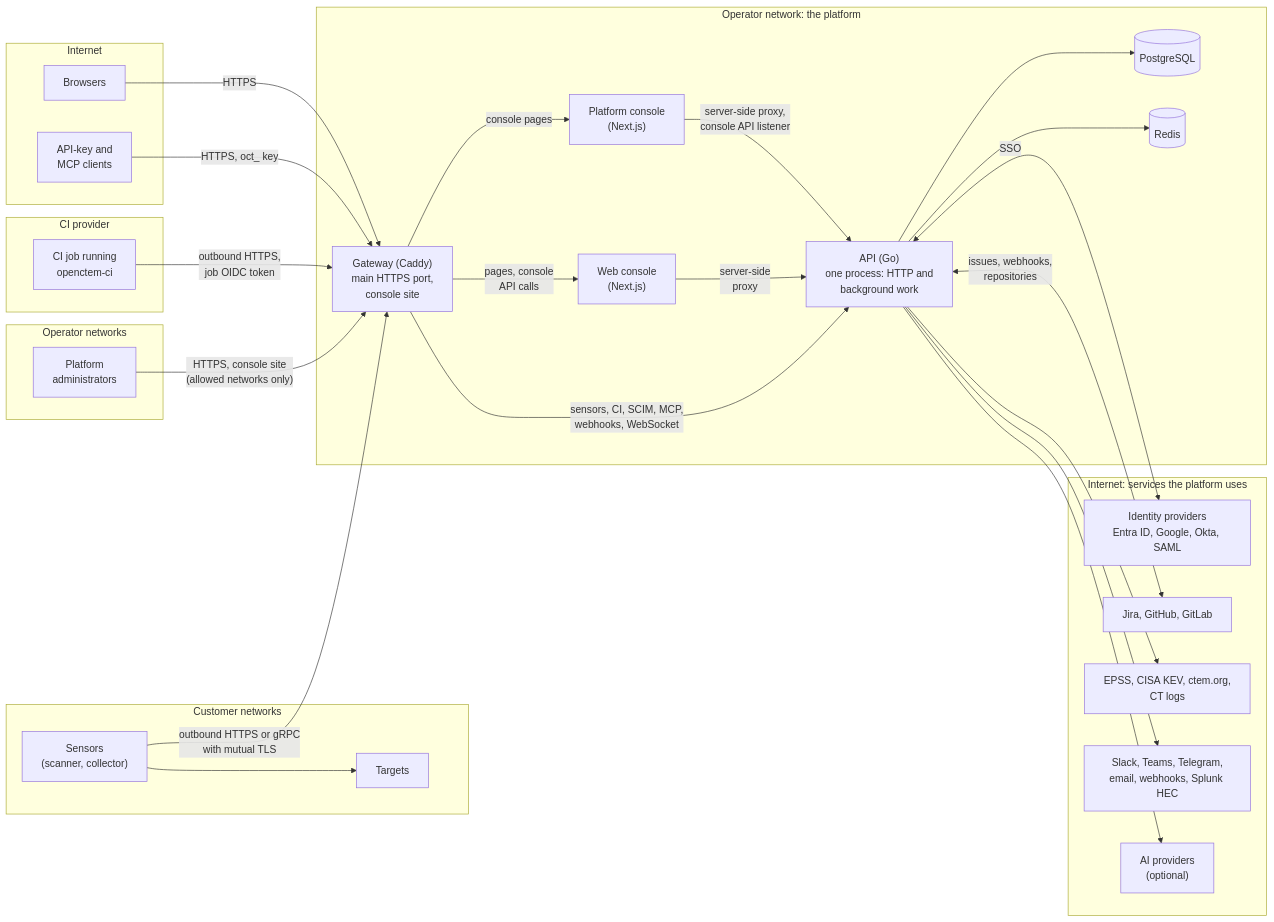
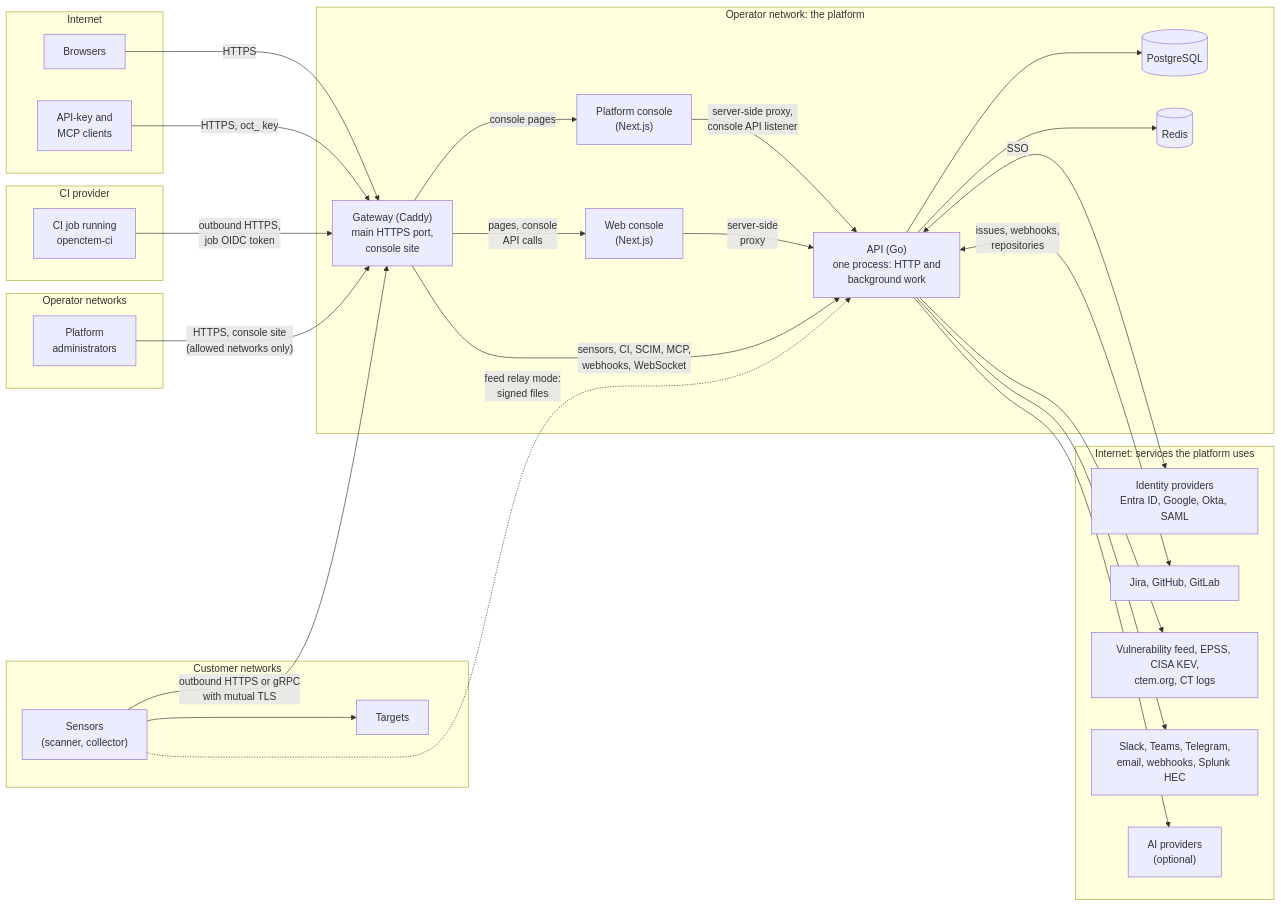
One commit to openctemio/docs changed the first of 4 diagrams in overview/architecture.md. Above: the diagram before and after it, drawn with Mermaid. The commit also changed other lines of this file and 16 other files, not shown here.

Commit message:
docs(install): refresh backup, kubernetes, gateway, logs, feeds and wording against v0.19.1

````diff
--- a/overview/architecture.md
+++ b/overview/architecture.md
@@ -23,51 +23,52 @@
 ```mermaid
 flowchart LR
     subgraph inet["Internet"]
         BR["Browsers"]
         CLI["API-key and<br/>MCP clients"]
     end
     subgraph adm["Operator networks"]
         PADM["Platform<br/>administrators"]
     end
     subgraph cip["CI provider"]
         CIJ["CI job running<br/>openctem-ci"]
     end
     subgraph cust["Customer networks"]
         SEN["Sensors<br/>(scanner, collector)"]
         TGT["Targets"]
     end
     subgraph opnet["Operator network: the platform"]
         GW["Gateway (Caddy)<br/>main HTTPS port,<br/>console site"]
         WEB["Web console<br/>(Next.js)"]
         PCON["Platform console<br/>(Next.js)"]
         API["API (Go)<br/>one process: HTTP and<br/>background work"]
         PG[("PostgreSQL")]
         RD[("Redis")]
     end
     subgraph ext["Internet: services the platform uses"]
         IDP["Identity providers<br/>Entra ID, Google, Okta, SAML"]
         TIX["Jira, GitHub, GitLab"]
-        FEEDS["EPSS, CISA KEV, ctem.org,<br/>CT logs"]
+        FEEDS["Vulnerability feed, EPSS, CISA KEV,<br/>ctem.org, CT logs"]
         NOTIF["Slack, Teams, Telegram,<br/>email, webhooks, Splunk HEC"]
         AI["AI providers<br/>(optional)"]
     end
 
     BR -->|HTTPS| GW
     CLI -->|"HTTPS, oct_ key"| GW
     CIJ -->|"outbound HTTPS,<br/>job OIDC token"| GW
     SEN -->|"outbound HTTPS or gRPC<br/>with mutual TLS"| GW
     PADM -->|"HTTPS, console site<br/>(allowed networks only)"| GW
     GW -->|"console pages"| PCON
     PCON -->|"server-side proxy,<br/>console API listener"| API
     SEN --> TGT
     GW -->|"pages, console<br/>API calls"| WEB
     WEB -->|"server-side<br/>proxy"| API
     GW -->|"sensors, CI, SCIM, MCP,<br/>webhooks, WebSocket"| API
     API --> PG
     API --> RD
     API <-->|"SSO"| IDP
     API <-->|"issues, webhooks,<br/>repositories"| TIX
     API --> FEEDS
+    SEN -.->|"feed relay mode:<br/>signed files"| API
     API --> NOTIF
     API --> AI
 ```
````
